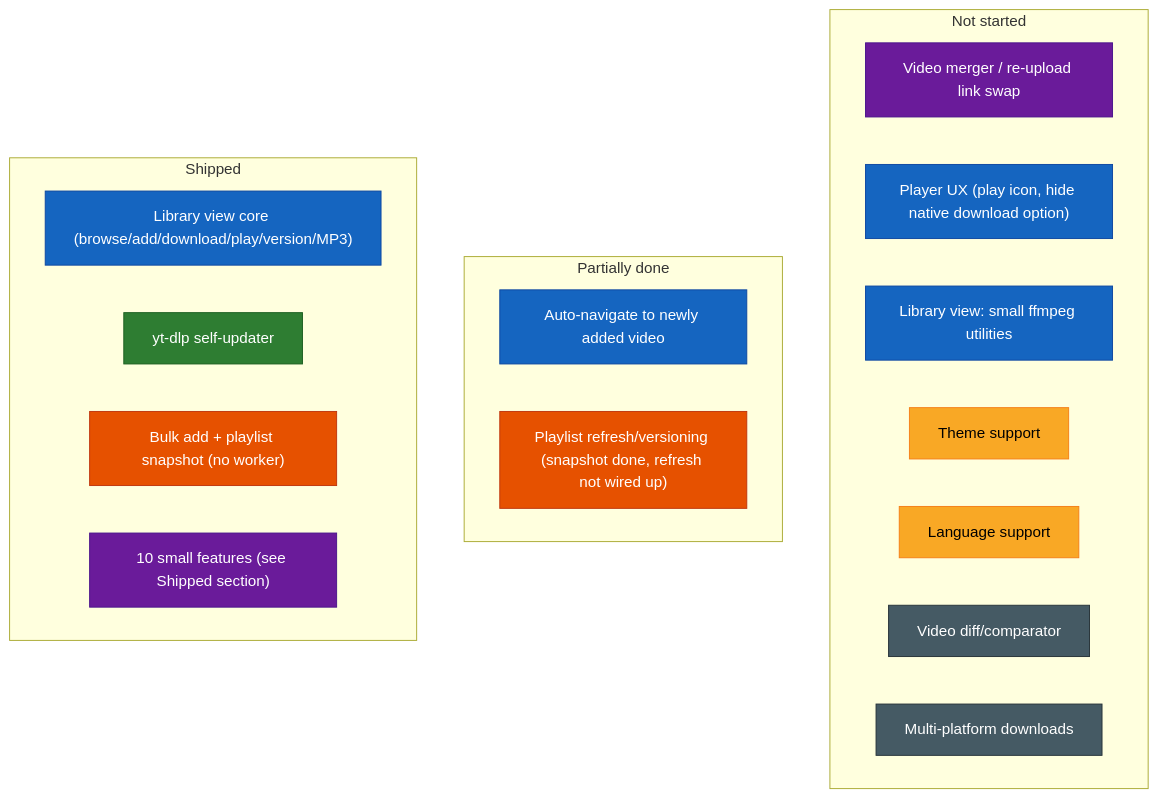
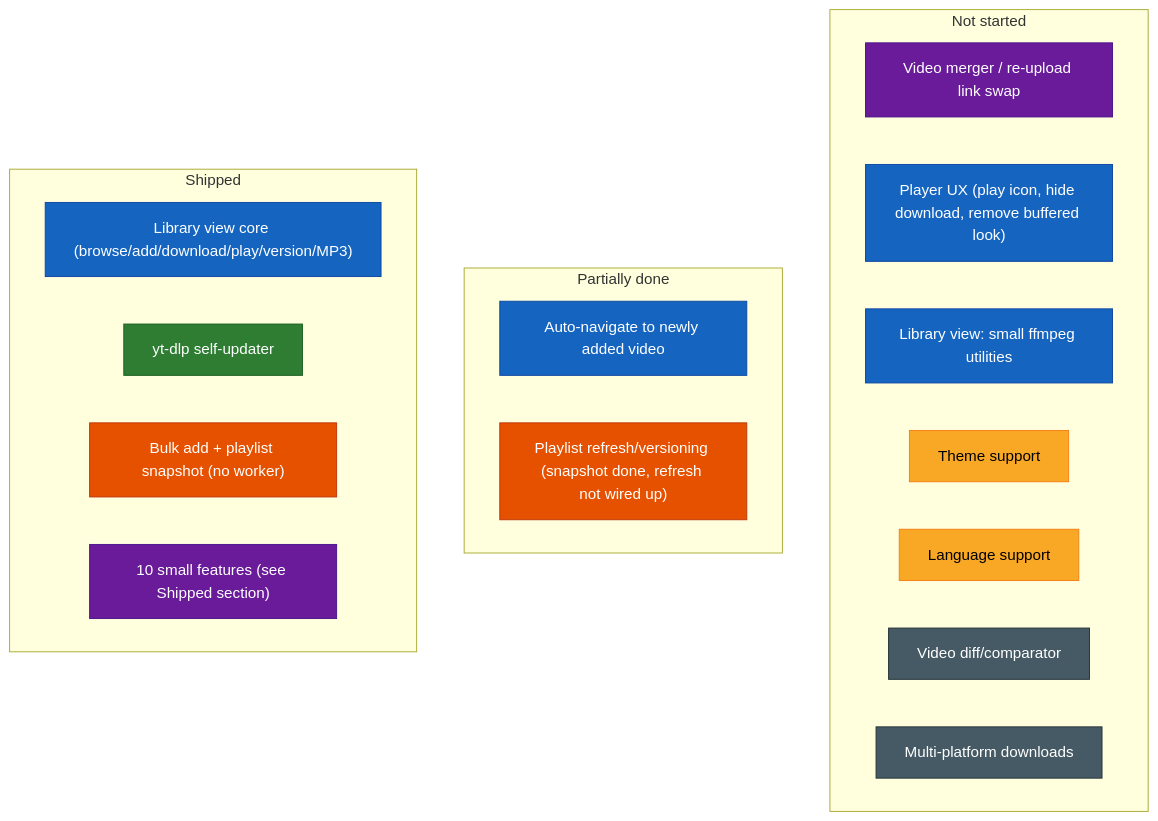
One commit to SlothSoftworks/Sloth-Archiver changed the diagram in futureSpecsFeedback.md. Above: the diagram before and after it, drawn with Mermaid. The commit also changed other lines of this file and 1 other file, not shown here.

Commit message:
feat: personallize embedded player for better UX

````diff
--- a/futureSpecsFeedback.md
+++ b/futureSpecsFeedback.md
@@ -37,43 +37,43 @@
 ```mermaid
 flowchart LR
     classDef library fill:#1565c0,stroke:#0d47a1,color:#fff
     classDef updater fill:#2e7d32,stroke:#1b5e20,color:#fff
     classDef playlist fill:#e65100,stroke:#bf360c,color:#fff
     classDef smallfeat fill:#6a1b9a,stroke:#4a148c,color:#fff
     classDef qol fill:#f9a825,stroke:#f57f17,color:#000
     classDef longshot fill:#455a64,stroke:#263238,color:#fff
 
     subgraph DONE["Shipped"]
         direction LR
         d1["Library view core (browse/add/download/play/version/MP3)"]
         d2["yt-dlp self-updater"]
         d3["Bulk add + playlist snapshot (no worker)"]
         d4["10 small features (see Shipped section)"]
     end
 
     subgraph PARTIAL["Partially done"]
         direction LR
         p1["Auto-navigate to newly added video"]
         p2["Playlist refresh/versioning (snapshot done, refresh not wired up)"]
     end
 
     subgraph TODO["Not started"]
         direction LR
         t1["Video merger / re-upload link swap"]
-        t2["Player UX (play icon, hide native download option)"]
+        t2["Player UX (play icon, hide download, remove buffered look)"]
         t3["Library view: small ffmpeg utilities"]
         t5["Theme support"]
         t6["Language support"]
         t7["Video diff/comparator"]
         t8["Multi-platform downloads"]
     end
 
     DONE ~~~ PARTIAL ~~~ TODO
 
     class d1,p1,t2,t3 library
     class d2 updater
     class d3,p2 playlist
     class d4,t1 smallfeat
     class t5,t6 qol
     class t7,t8 longshot
 ```
````
